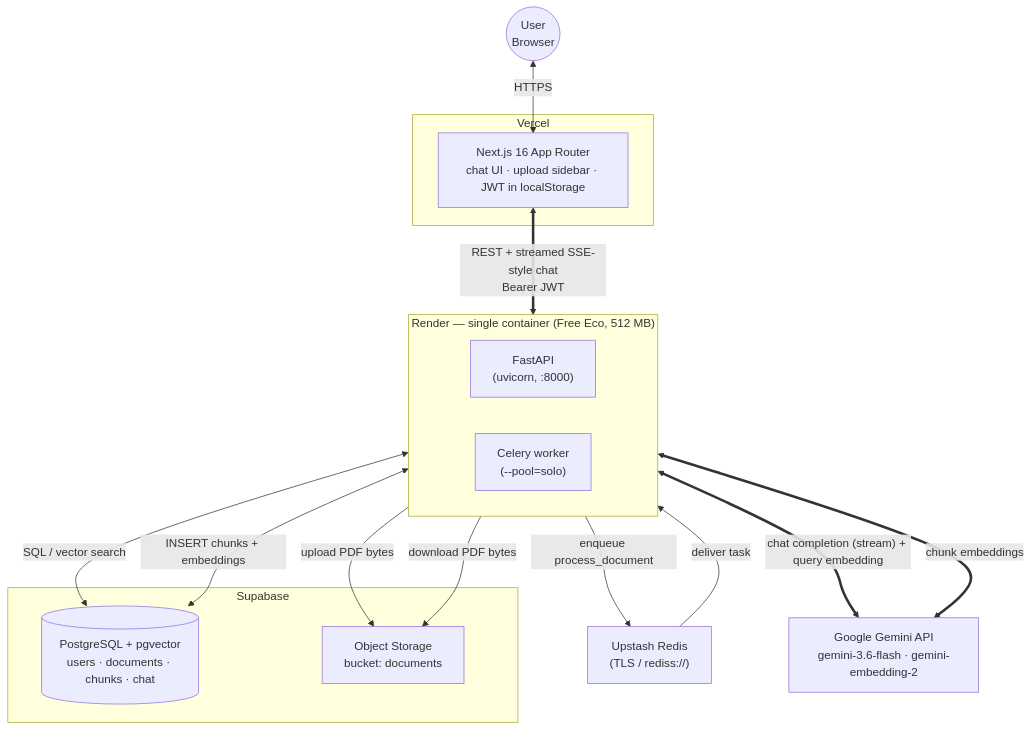
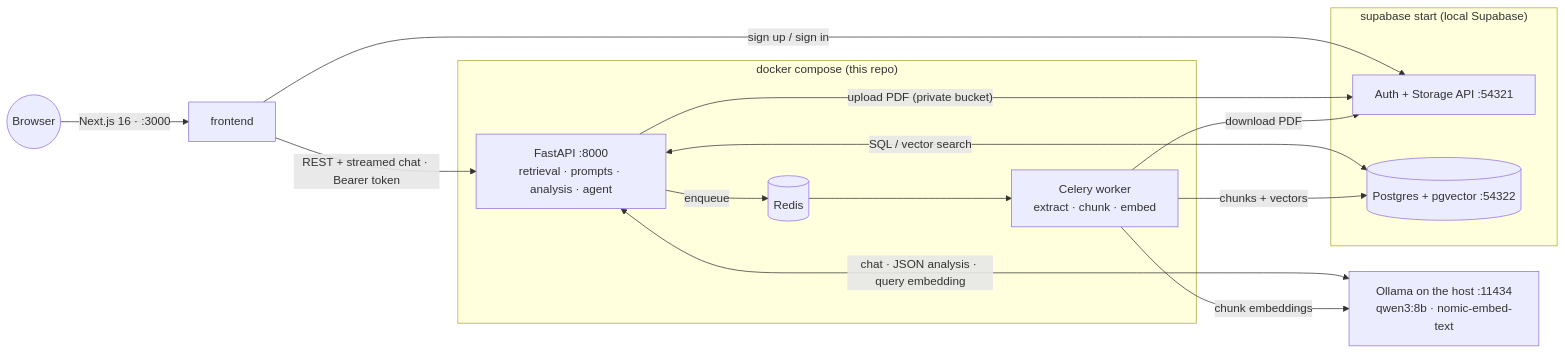
The diagram in README.md (AdityaKishore0698/DocuMind_RAG), drawn with Mermaid before and after one commit. The commit also changed other lines of this file and 30 other files, not shown here.

````diff
--- a/README.md
+++ b/README.md
@@ -25,37 +44,27 @@
 ```mermaid
-graph TD
-    User((User<br/>Browser))
+graph LR
+    B((Browser)) -->|"Next.js 16 · :3000"| FE[frontend]
+    FE -->|"sign up / sign in"| SB
+    FE -->|"REST + streamed chat · Bearer token"| API
 
-    subgraph Vercel
-        FE["Next.js 16 App Router<br/>chat UI · upload sidebar · JWT in localStorage"]
+    subgraph "docker compose (this repo)"
+        API["FastAPI :8000<br/>retrieval · prompts · analysis · agent"]
+        W["Celery worker<br/>extract · chunk · embed"]
+        R[(Redis)]
     end
 
-    subgraph "Render — single container (Free Eco, 512 MB)"
-        direction LR
-        API["FastAPI<br/>(uvicorn, :8000)"]
-        WORKER["Celery worker<br/>(--pool=solo)"]
+    subgraph "supabase start (local Supabase)"
+        SB["Auth + Storage API :54321"]
+        PG[("Postgres + pgvector :54322")]
     end
 
-    subgraph Supabase
-        PG[("PostgreSQL + pgvector<br/>users · documents · chunks · chat")]
-        OBJ["Object Storage<br/>bucket: documents"]
-    end
+    O["Ollama on the host :11434<br/>qwen3:8b · nomic-embed-text"]
 
-    REDIS["Upstash Redis<br/>(TLS / rediss://)"]
-    GEMINI["Google Gemini API<br/>gemini-3.6-flash · gemini-embedding-2"]
-
-    User <-->|HTTPS| FE
-    FE <==>|"REST + streamed SSE-style chat<br/>Bearer JWT"| API
-
-    API -->|"enqueue process_document"| REDIS
-    REDIS -->|deliver task| WORKER
-
-    API <-->|SQL / vector search| PG
-    WORKER <-->|"INSERT chunks + embeddings"| PG
-
-    API -->|"upload PDF bytes"| OBJ
-    WORKER -->|"download PDF bytes"| OBJ
-
-    API <==>|"chat completion (stream) + query embedding"| GEMINI
-    WORKER <==>|"chunk embeddings"| GEMINI
+    API -->|enqueue| R --> W
+    API -->|"upload PDF (private bucket)"| SB
+    W -->|download PDF| SB
+    API <-->|"SQL / vector search"| PG
+    W -->|"chunks + vectors"| PG
+    API <-->|"chat · JSON analysis · query embedding"| O
+    W -->|"chunk embeddings"| O
 ```
````
